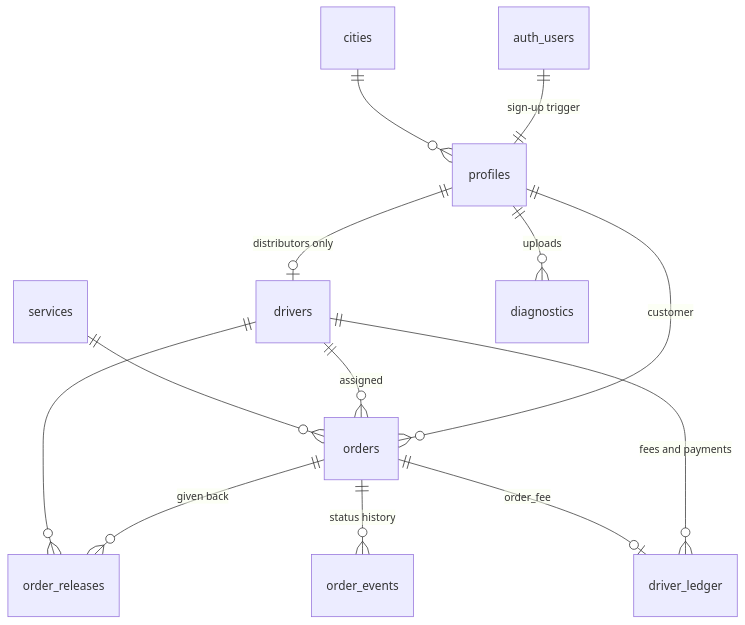
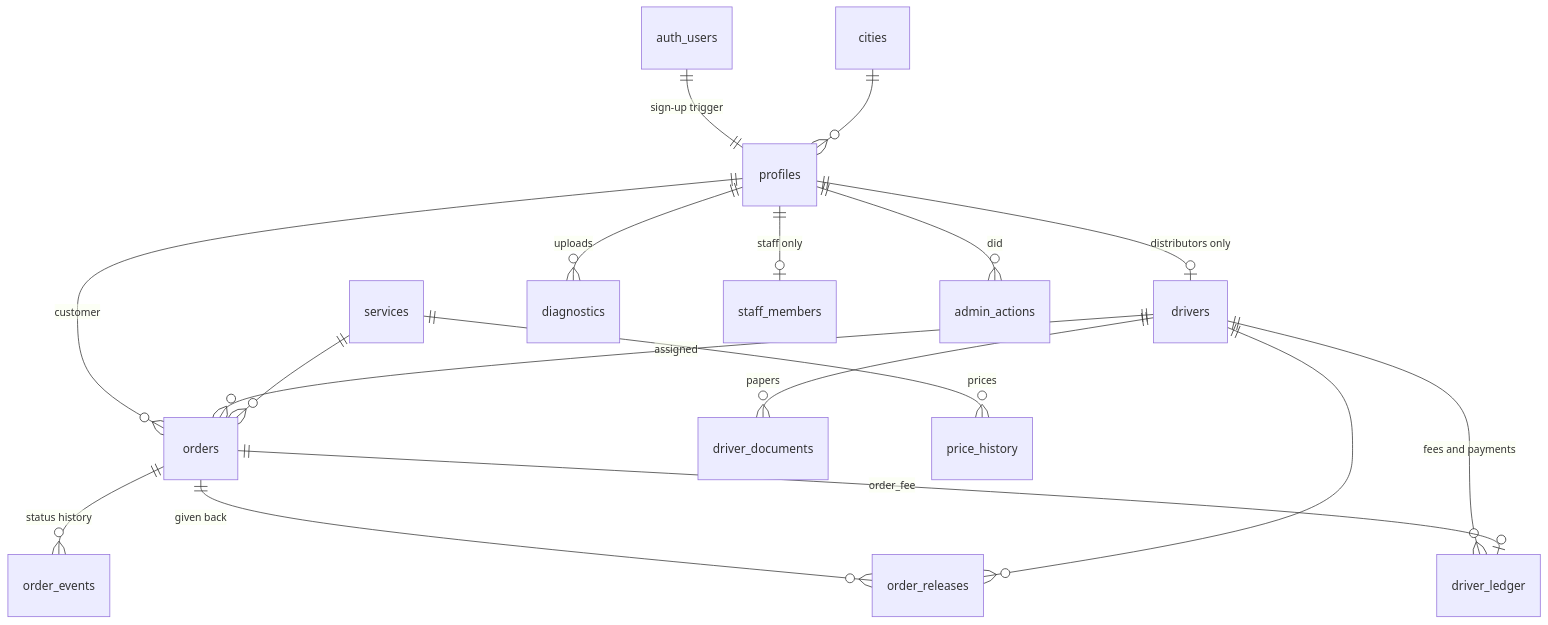
Before and after one commit to omar90900/ClickGas: the diagram in docs/data-model.md, drawn with Mermaid. The commit also changed other lines of this file and 72 other files, not shown here.

First line of the commit message:
feat: Phase 1 admin core - staff dashboard, roles, audit, approvals

````diff
--- a/docs/data-model.md
+++ b/docs/data-model.md
@@ -7,15 +7,19 @@
 ```mermaid
 erDiagram
   auth_users ||--|| profiles : "sign-up trigger"
   profiles ||--o| drivers : "distributors only"
   cities ||--o{ profiles : ""
   profiles ||--o{ orders : "customer"
   drivers ||--o{ orders : "assigned"
   services ||--o{ orders : ""
   orders ||--o{ order_events : "status history"
   orders ||--o{ order_releases : "given back"
   drivers ||--o{ order_releases : ""
   drivers ||--o{ driver_ledger : "fees and payments"
   orders ||--o| driver_ledger : "order_fee"
   profiles ||--o{ diagnostics : "uploads"
+  profiles ||--o| staff_members : "staff only"
+  profiles ||--o{ admin_actions : "did"
+  drivers ||--o{ driver_documents : "papers"
+  services ||--o{ price_history : "prices"
 ```
````
